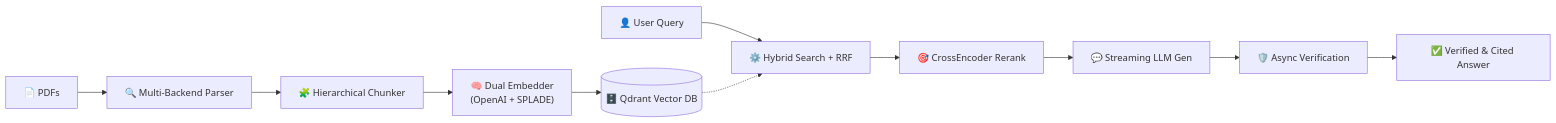
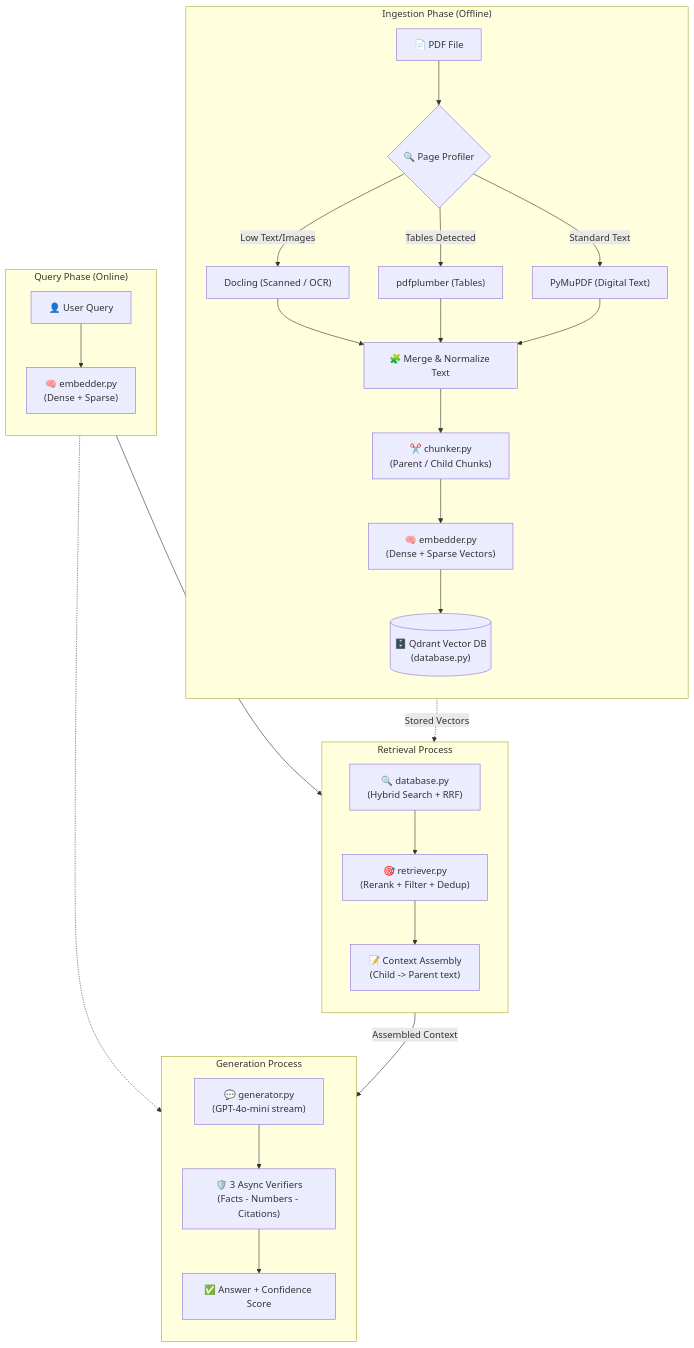
The diagram in README.md (IvaP10/DocuMind), drawn with Mermaid before and after one commit. The commit also changed other lines of this file and 1 other file, not shown here.

````diff
--- a/README.md
+++ b/README.md
@@ -34,14 +34,46 @@
 ```mermaid
-flowchart LR
-    PDF["📄 PDFs"] --> Parse["🔍 Multi-Backend Parser"]
-    Parse --> Chunk["🧩 Hierarchical Chunker"]
-    Chunk --> Embed["🧠 Dual Embedder<br/>(OpenAI + SPLADE)"]
-    Embed --> DB[("🗄️ Qdrant Vector DB")]
-    
-    Query["👤 User Query"] --> Search["⚙️ Hybrid Search + RRF"]
-    DB -.-> Search
-    Search --> Rerank["🎯 CrossEncoder Rerank"]
-    Rerank --> Gen["💬 Streaming LLM Gen"]
-    Gen --> Verify["🛡️ Async Verification"]
-    Verify --> Output["✅ Verified & Cited Answer"]
+flowchart TB
+    %% Ingestion Phase
+    subgraph Ingestion["Ingestion Phase (Offline)"]
+        direction TB
+        PDF["📄 PDF File"] --> Profiler{"🔍 Page Profiler"}
+        
+        Profiler -- "Low Text/Images" --> Docling["Docling (Scanned / OCR)"]
+        Profiler -- "Tables Detected" --> Plumber["pdfplumber (Tables)"]
+        Profiler -- "Standard Text" --> PyMuPDF["PyMuPDF (Digital Text)"]
+        
+        Docling --> Merge["🧩 Merge & Normalize Text"]
+        Plumber --> Merge
+        PyMuPDF --> Merge
+        
+        Merge --> Chunker["✂️ chunker.py<br/>(Parent / Child Chunks)"]
+        Chunker --> Embedder["🧠 embedder.py<br/>(Dense + Sparse Vectors)"]
+        Embedder --> DB[("🗄️ Qdrant Vector DB<br/>(database.py)")]
+    end
+
+    %% Query Phase
+    subgraph Query["Query Phase (Online)"]
+        direction TB
+        UserQuery["👤 User Query"] --> QueryEmbed["🧠 embedder.py<br/>(Dense + Sparse)"]
+    end
+
+    %% Retrieval Phase
+    subgraph Retrieval["Retrieval Process"]
+        direction TB
+        Search["🔍 database.py<br/>(Hybrid Search + RRF)"] --> Retrieve["🎯 retriever.py<br/>(Rerank + Filter + Dedup)"]
+        Retrieve --> Context["📝 Context Assembly<br/>(Child -> Parent text)"]
+    end
+
+    %% Generation Phase
+    subgraph Generation["Generation Process"]
+        direction TB
+        Gen["💬 generator.py<br/>(GPT-4o-mini stream)"] --> Verify["🛡️ 3 Async Verifiers<br/>(Facts - Numbers - Citations)"]
+        Verify --> Output["✅ Answer + Confidence Score"]
+    end
+
+    %% Cross-phase connections
+    DB -. "Stored Vectors" .-> Search
+    QueryEmbed --> Search
+    UserQuery -.-> Gen
+    Context -- "Assembled Context" --> Gen
 ```
````
